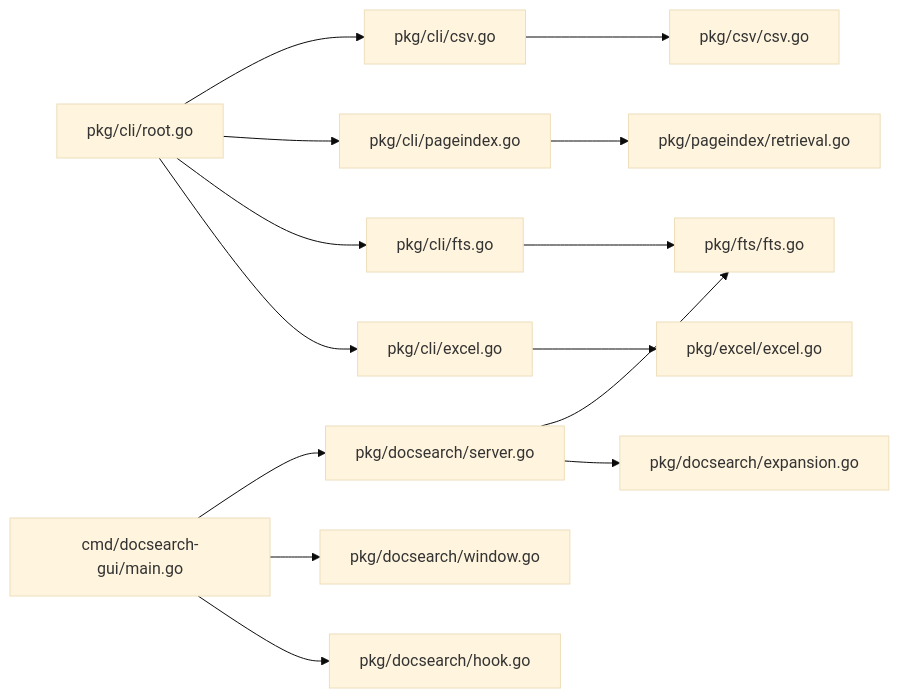
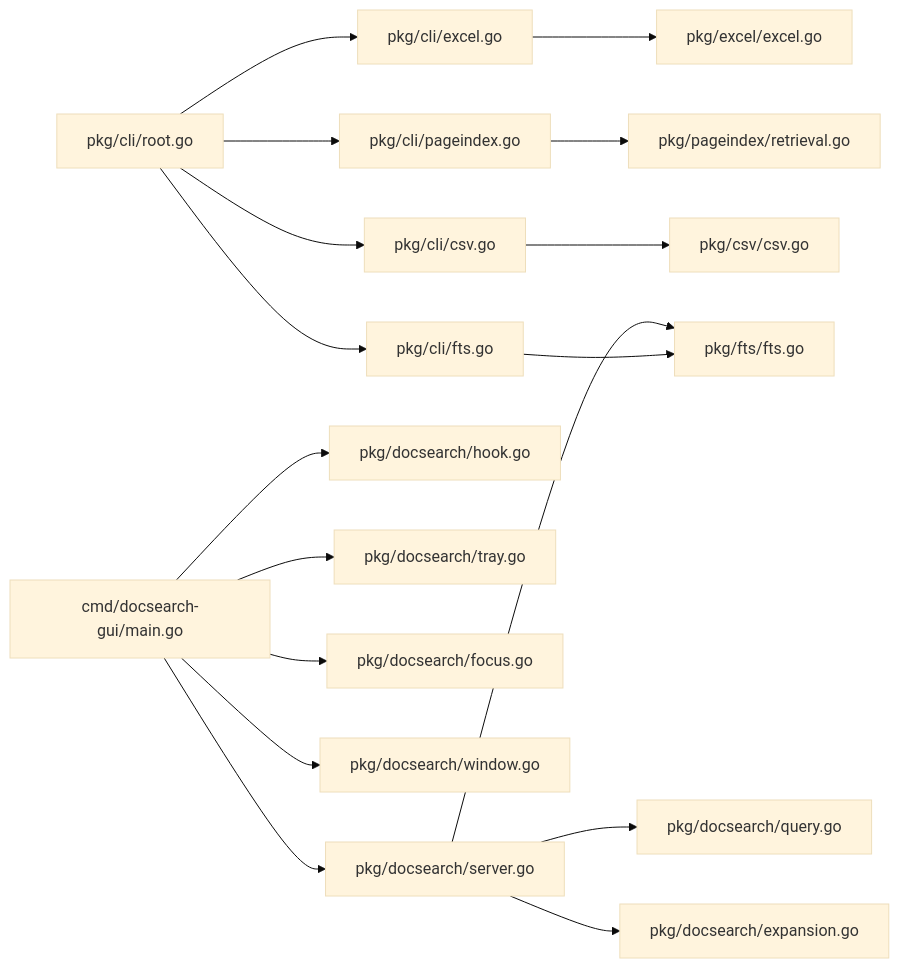
One commit to snaga/doctools-cli changed the fifth of 5 diagrams in doc/design.md. Above: the diagram before and after it, drawn with Mermaid (base theme). The commit also changed other lines of this file and 26 other files, not shown here.

First line of the commit message:
feat(docsearch-gui): implement tray resident, same-tab focus, auto-phrase query, and background detach

````diff
--- a/doc/design.md
+++ b/doc/design.md
@@ -531,18 +562,21 @@
 ```mermaid
 graph LR
     RootCmd["pkg/cli/root.go"] --> ExcelCmd["pkg/cli/excel.go"]
     RootCmd --> FTSCmd["pkg/cli/fts.go"]
     RootCmd --> PICmd["pkg/cli/pageindex.go"]
     RootCmd --> CSVCmd["pkg/cli/csv.go"]
     
     ExcelCmd --> ExcelSvc["pkg/excel/excel.go"]
     FTSCmd --> FTSSvc["pkg/fts/fts.go"]
     PICmd --> PISvc["pkg/pageindex/retrieval.go"]
     CSVCmd --> CSVSvc["pkg/csv/csv.go"]
 
     DocSearchCmd["cmd/docsearch-gui/main.go"] --> DocSearchHook["pkg/docsearch/hook.go"]
+    DocSearchCmd --> DocSearchTray["pkg/docsearch/tray.go"]
+    DocSearchCmd --> DocSearchFocus["pkg/docsearch/focus.go"]
     DocSearchCmd --> DocSearchWin["pkg/docsearch/window.go"]
     DocSearchCmd --> DocSearchSrv["pkg/docsearch/server.go"]
+    DocSearchSrv --> DocSearchQuery["pkg/docsearch/query.go"]
     DocSearchSrv --> DocSearchExp["pkg/docsearch/expansion.go"]
     DocSearchSrv --> FTSSvc
 ```
````
